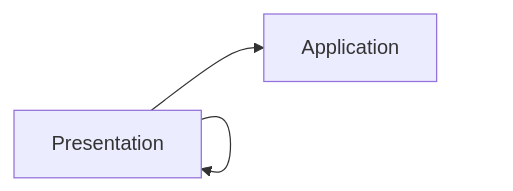
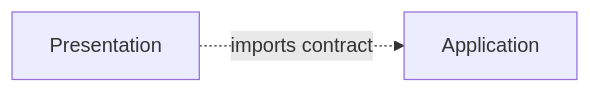
One commit to AndresTaoFlorez/software-architecture changed the sixth of 7 diagrams in onion-architecture/1-the-rings.md. Above: the diagram before and after it, drawn with Mermaid. The commit also changed other lines of this file and 21 other files, not shown here.

````diff
--- a/onion-architecture/1-the-rings.md
+++ b/onion-architecture/1-the-rings.md
@@ -295,5 +235,4 @@
 ```mermaid
 flowchart LR
-    P["Presentation"] --> P
-    P --> A["Application"]
+    P["Presentation"] -. "imports contract" .-> A["Application"]
 ```
````
